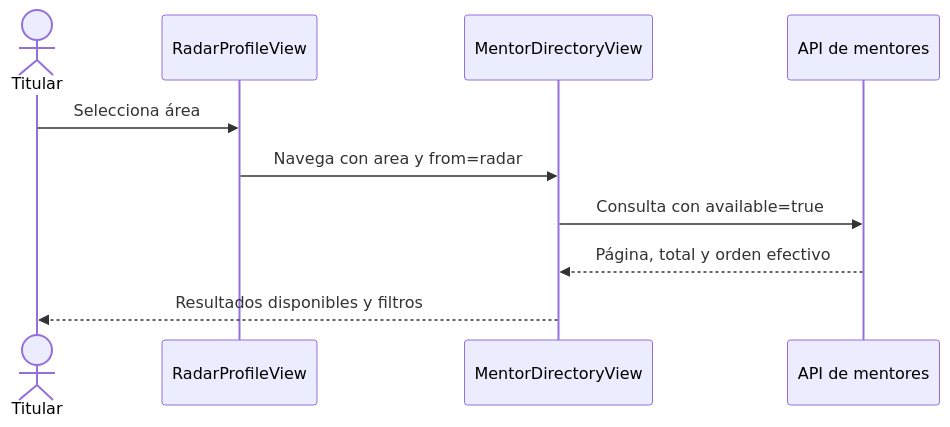
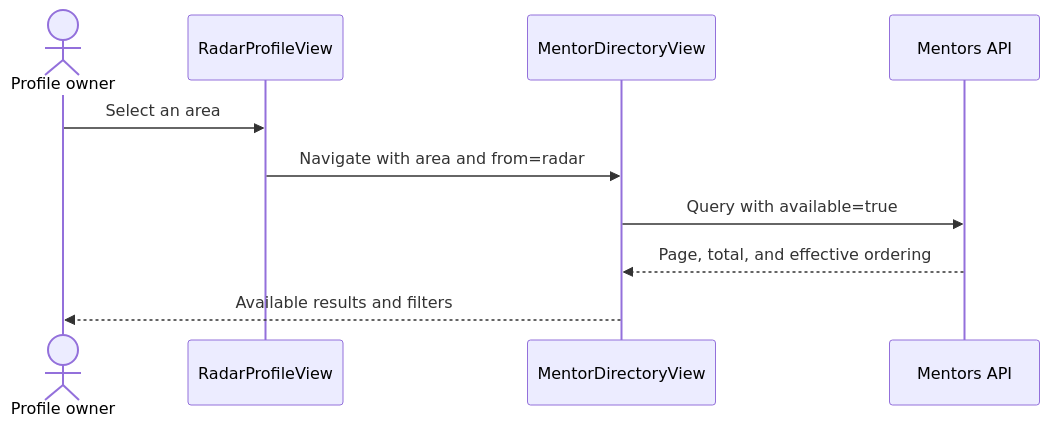
The second of 2 diagrams in docs/mentorship/README.md (UMSSY/umssy-app), drawn with Mermaid before and after one commit. The commit also changed other lines of this file and 6 other files, not shown here.

````diff
--- a/docs/mentorship/README.md
+++ b/docs/mentorship/README.md
@@ -24,12 +24,12 @@
 ```mermaid
 sequenceDiagram
-  actor Owner as Titular
+  actor Owner as Profile owner
   participant Radar as RadarProfileView
   participant Directory as MentorDirectoryView
-  participant API as API de mentores
-  Owner->>Radar: Selecciona área
-  Radar->>Directory: Navega con area y from=radar
-  Directory->>API: Consulta con available=true
-  API-->>Directory: Página, total y orden efectivo
-  Directory-->>Owner: Resultados disponibles y filtros
+  participant API as Mentors API
+  Owner->>Radar: Select an area
+  Radar->>Directory: Navigate with area and from=radar
+  Directory->>API: Query with available=true
+  API-->>Directory: Page, total, and effective ordering
+  Directory-->>Owner: Available results and filters
 ```
````
